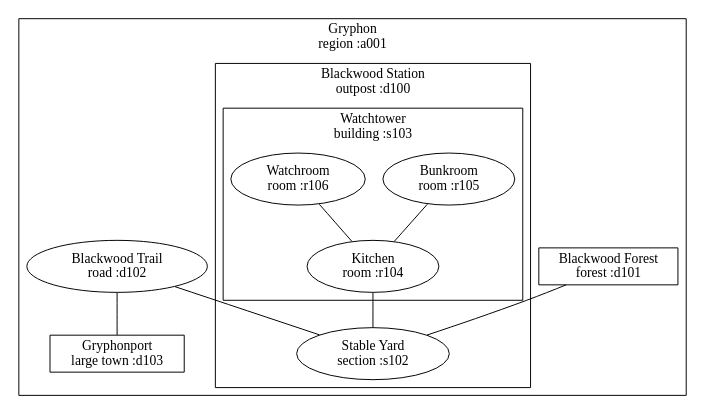
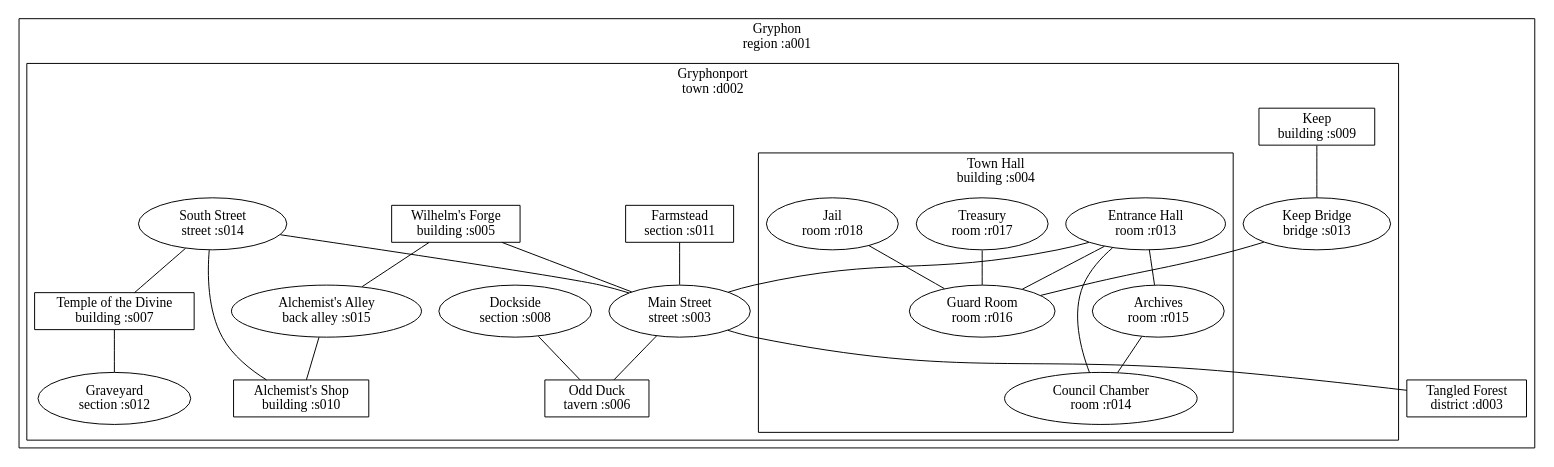
The diagram in world.dot (Chouser/gryphonport), drawn with Graphviz before and after one commit. The commit also changed 2 other files, not shown here.

Commit message:
Fix some errors in example graph

```diff
--- a/world.dot
+++ b/world.dot
@@ -1,24 +1,50 @@
 graph world {
   subgraph cluster_a001 {
   label="Gryphon\nregion :a001";
-    subgraph cluster_d100 {
-    label="Blackwood Station\noutpost :d100";
-      s102[shape=ellipse, label="Stable Yard\nsection :s102"];
-      subgraph cluster_s103 {
-      label="Watchtower\nbuilding :s103";
-        r104[shape=ellipse, label="Kitchen\nroom :r104"];
-        r105[shape=ellipse, label="Bunkroom\nroom :r105"];
-        r106[shape=ellipse, label="Watchroom\nroom :r106"];
+    subgraph cluster_d002 {
+    label="Gryphonport\ntown :d002";
+      s003[shape=ellipse, label="Main Street\nstreet :s003"];
+      subgraph cluster_s004 {
+      label="Town Hall\nbuilding :s004";
+        r013[shape=ellipse, label="Entrance Hall\nroom :r013"];
+        r014[shape=ellipse, label="Council Chamber\nroom :r014"];
+        r015[shape=ellipse, label="Archives\nroom :r015"];
+        r016[shape=ellipse, label="Guard Room\nroom :r016"];
+        r017[shape=ellipse, label="Treasury\nroom :r017"];
+        r018[shape=ellipse, label="Jail\nroom :r018"];
       }
+      s005[shape=box, label="Wilhelm's Forge\nbuilding :s005"];
+      s006[shape=box, label="Odd Duck\ntavern :s006"];
+      s007[shape=box, label="Temple of the Divine\nbuilding :s007"];
+      s008[shape=ellipse, label="Dockside\nsection :s008"];
+      s009[shape=box, label="Keep\nbuilding :s009"];
+      s010[shape=box, label="Alchemist's Shop\nbuilding :s010"];
+      s011[shape=box, label="Farmstead\nsection :s011"];
+      s012[shape=ellipse, label="Graveyard\nsection :s012"];
+      s013[shape=ellipse, label="Keep Bridge\nbridge :s013"];
+      s014[shape=ellipse, label="South Street\nstreet :s014"];
+      s015[shape=ellipse, label="Alchemist's Alley\nback alley :s015"];
     }
-    d101[shape=box, label="Blackwood Forest\nforest :d101"];
-    d102[shape=ellipse, label="Blackwood Trail\nroad :d102"];
-    d103[shape=box, label="Gryphonport\nlarge town :d103"];
+    d003[shape=box, label="Tangled Forest\ndistrict :d003"];
   }
-  d102 -- s102;
-  d102 -- d103;
-  r106 -- r104;
-  r104 -- s102;
-  d101 -- s102;
-  r105 -- r104;
+  s003 -- s006;
+  s013 -- r016;
+  s003 -- d003;
+  s007 -- s012;
+  s014 -- s003;
+  r018 -- r016;
+  r013 -- r015;
+  s008 -- s006;
+  s005 -- s003;
+  r015 -- r014;
+  r013 -- s003;
+  r013 -- r014;
+  s009 -- s013;
+  r017 -- r016;
+  s014 -- s010;
+  s014 -- s007;
+  s005 -- s015;
+  s015 -- s010;
+  r013 -- r016;
+  s011 -- s003;
 }
```
